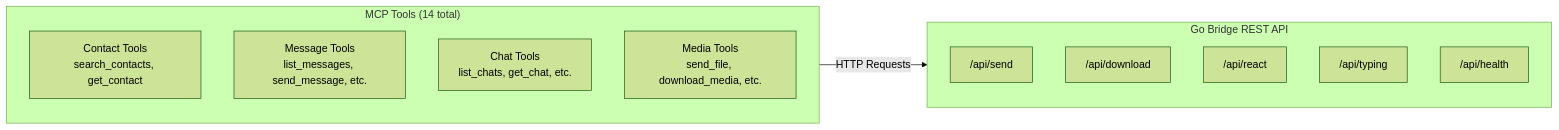
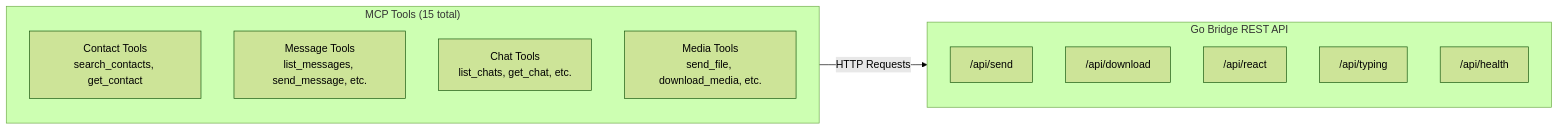
One commit to verygoodplugins/whatsapp-mcp changed the second of 4 diagrams in README.md. Above: the diagram before and after it, drawn with Mermaid (forest theme). The commit also changed other lines of this file and 3 other files, not shown here.

````diff
--- a/README.md
+++ b/README.md
@@ -572,21 +592,21 @@
 ```mermaid
 flowchart LR
     subgraph GoAPI["Go Bridge REST API"]
         direction TB
         SEND["/api/send"]
         DOWN["/api/download"]
         REACT["/api/react"]
         TYPE["/api/typing"]
         HEALTH["/api/health"]
     end
 
-    subgraph MCPTools["MCP Tools (14 total)"]
+    subgraph MCPTools["MCP Tools (15 total)"]
         direction TB
         CONT["Contact Tools<br/>search_contacts, get_contact"]
         MSG["Message Tools<br/>list_messages, send_message, etc."]
         CHAT["Chat Tools<br/>list_chats, get_chat, etc."]
         MEDIA["Media Tools<br/>send_file, download_media, etc."]
     end
 
     MCPTools -->|HTTP Requests| GoAPI
 ```
````
